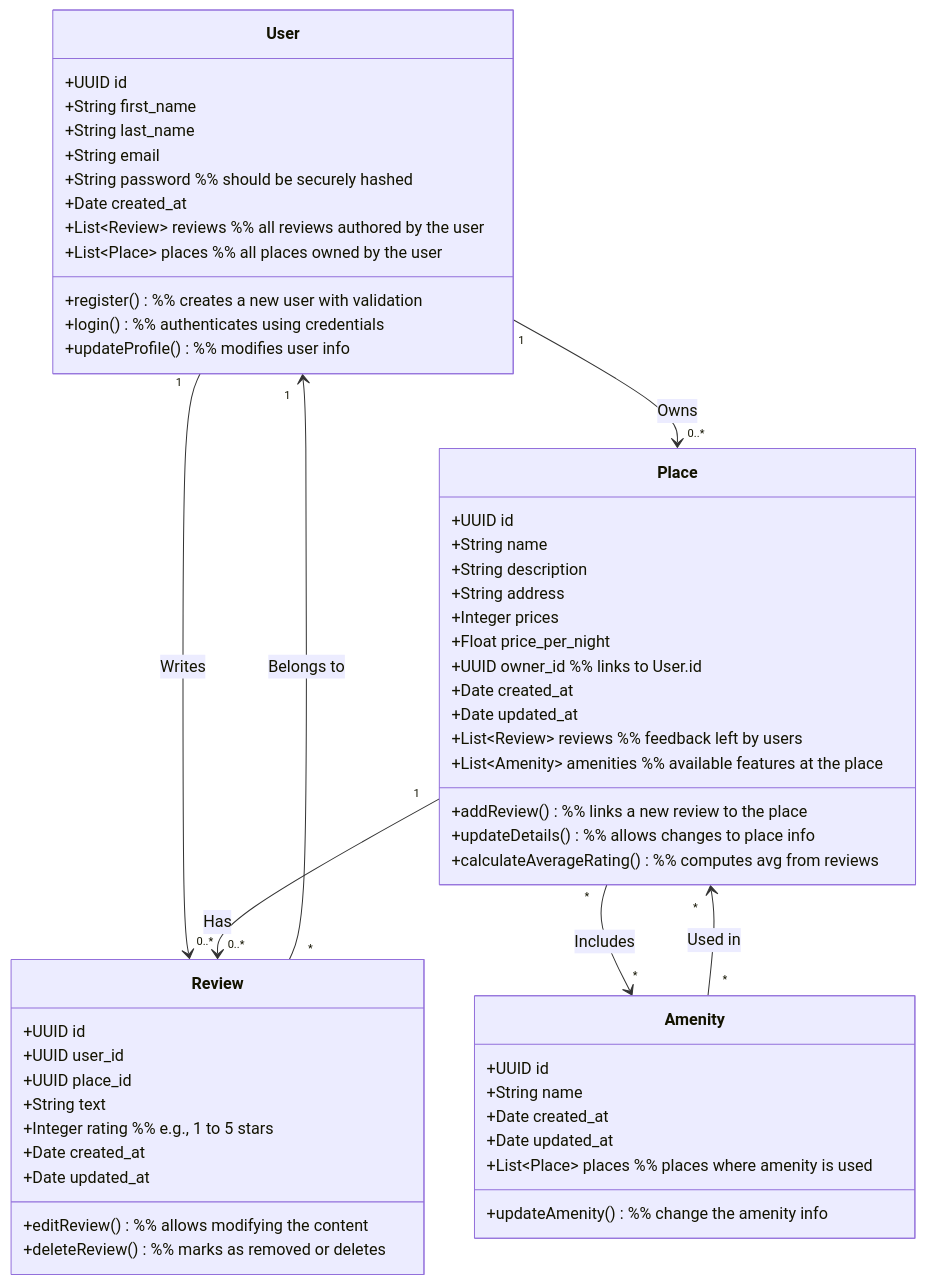
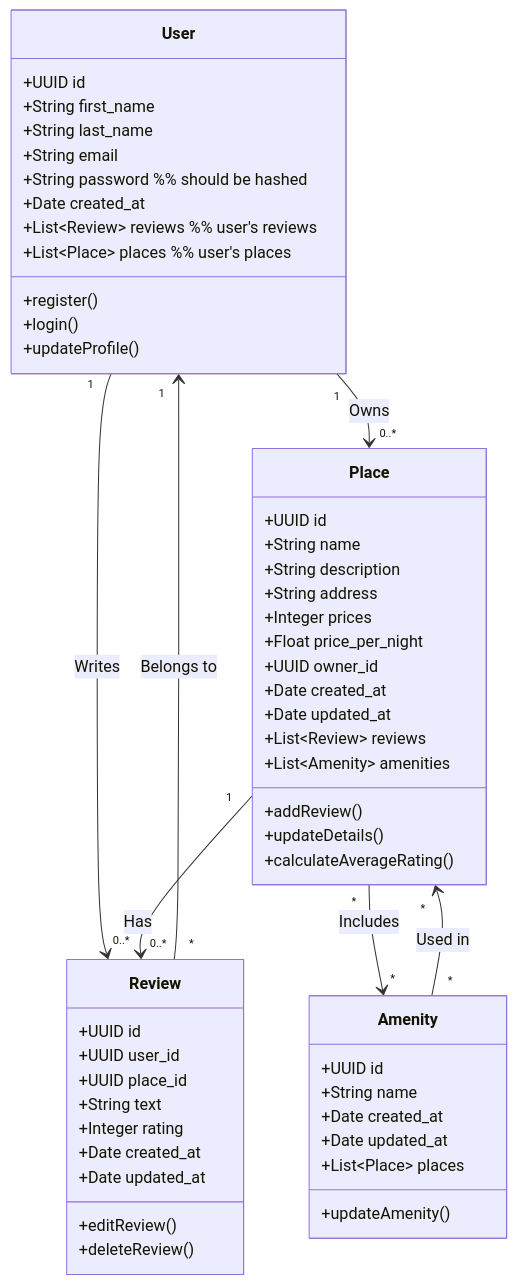
One commit to HectorPR4546/holbertonschool-hbnb changed the diagram in part1/Task 1.mmd. Above: the diagram before and after it, drawn with Mermaid.

Commit message:
Task 1 Final Version

```diff
--- a/part1/Task 1.mmd
+++ b/part1/Task 1.mmd
@@ -1,69 +1,71 @@
-%% Diagram type
+%% Business Logic Layer Class Diagram
+
 classDiagram
 
-%% Class Definitions and Explanations
-
-%% User: Represents a registered account. Can create Places and write Reviews.
+%% ───── User Entity ─────
 class User {
     +UUID id
     +String first_name
     +String last_name
     +String email
-    +String password  %% should be securely hashed
+    +String password      %% should be hashed
     +Date created_at
-    +List~Review~ reviews  %% all reviews authored by the user
-    +List~Place~ places  %% all places owned by the user
-    +register()  %% creates a new user with validation
-    +login()  %% authenticates using credentials
-    +updateProfile()  %% modifies user info
+    +List~Review~ reviews %% user's reviews
+    +List~Place~ places   %% user's places
+    +register()
+    +login()
+    +updateProfile()
 }
+%% Represents system users who can list places and write reviews.
 
-%% Place: Represents a property listed by a User.
+%% ───── Place Entity ─────
 class Place {
     +UUID id
     +String name
     +String description
     +String address
     +Integer prices
     +Float price_per_night
-    +UUID owner_id  %% links to User.id
+    +UUID owner_id
     +Date created_at
     +Date updated_at
-    +List~Review~ reviews  %% feedback left by users
-    +List~Amenity~ amenities  %% available features at the place
-    +addReview()  %% links a new review to the place
-    +updateDetails()  %% allows changes to place info
-    +calculateAverageRating()  %% computes avg from reviews
+    +List~Review~ reviews
+    +List~Amenity~ amenities
+    +addReview()
+    +updateDetails()
+    +calculateAverageRating()
 }
+%% Represents rental properties owned by users.
 
-%% Review: Feedback left by a User on a Place.
+%% ───── Review Entity ─────
 class Review {
     +UUID id
     +UUID user_id
     +UUID place_id
     +String text
-    +Integer rating  %% e.g., 1 to 5 stars
+    +Integer rating
     +Date created_at
     +Date updated_at
-    +editReview()  %% allows modifying the content
-    +deleteReview()  %% marks as removed or deletes
+    +editReview()
+    +deleteReview()
 }
+%% Represents feedback left by users on places.
 
-%% Amenity: Describes optional features at a Place.
+%% ───── Amenity Entity ─────
 class Amenity {
     +UUID id
     +String name
     +Date created_at
     +Date updated_at
-    +List~Place~ places  %% places where amenity is used
-    +updateAmenity()  %% change the amenity info
+    +List~Place~ places
+    +updateAmenity()
 }
+%% Represents features like Wi-Fi, Pool, etc., linked to Places.
 
-%% Relationships and Cardinality
-
-User "1" --> "0..*" Place : Owns
-User "1" --> "0..*" Review : Writes
-Place "1" --> "0..*" Review : Has
-Review "*" --> "1" User : Belongs to
-Place "*" --> "*" Amenity : Includes
-Amenity "*" --> "*" Place : Used in
+%% ───── Relationships ─────
+User      "1" --> "0..*" Place     : Owns
+User      "1" --> "0..*" Review    : Writes
+Place     "1" --> "0..*" Review    : Has
+Review    "*" --> "1"   User       : Belongs to
+Place     "*" --> "*"   Amenity    : Includes
+Amenity   "*" --> "*"   Place      : Used in
```
